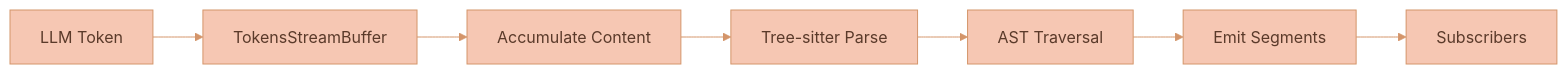
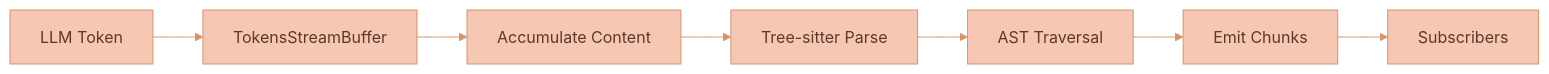
The first of 3 diagrams in README.md (fructusmortus/markdown-stream-parser), drawn with Mermaid before and after one commit. The commit also changed other lines of this file and 1 other file, not shown here.

````diff
--- a/README.md
+++ b/README.md
@@ -407,10 +418,10 @@
 ```mermaid
 %%{init: {'theme': 'base', 'themeVariables': { 'primaryColor': '#F6C7B3', 'primaryTextColor': '#5a3a2a', 'primaryBorderColor': '#d4956a', 'secondaryColor': '#C3DEDD', 'secondaryTextColor': '#1a3a47', 'secondaryBorderColor': '#4a8a9d', 'tertiaryColor': '#DCECE9', 'tertiaryTextColor': '#1a3a47', 'tertiaryBorderColor': '#82B2C0', 'lineColor': '#d4956a', 'textColor': '#5a3a2a'}}}%%
 flowchart LR
     A[LLM Token] --> B[TokensStreamBuffer]
     B --> C[Accumulate Content]
     C --> D[Tree-sitter Parse]
     D --> E[AST Traversal]
-    E --> F[Emit Segments]
+    E --> F[Emit Chunks]
     F --> G[Subscribers]
 ```
````
